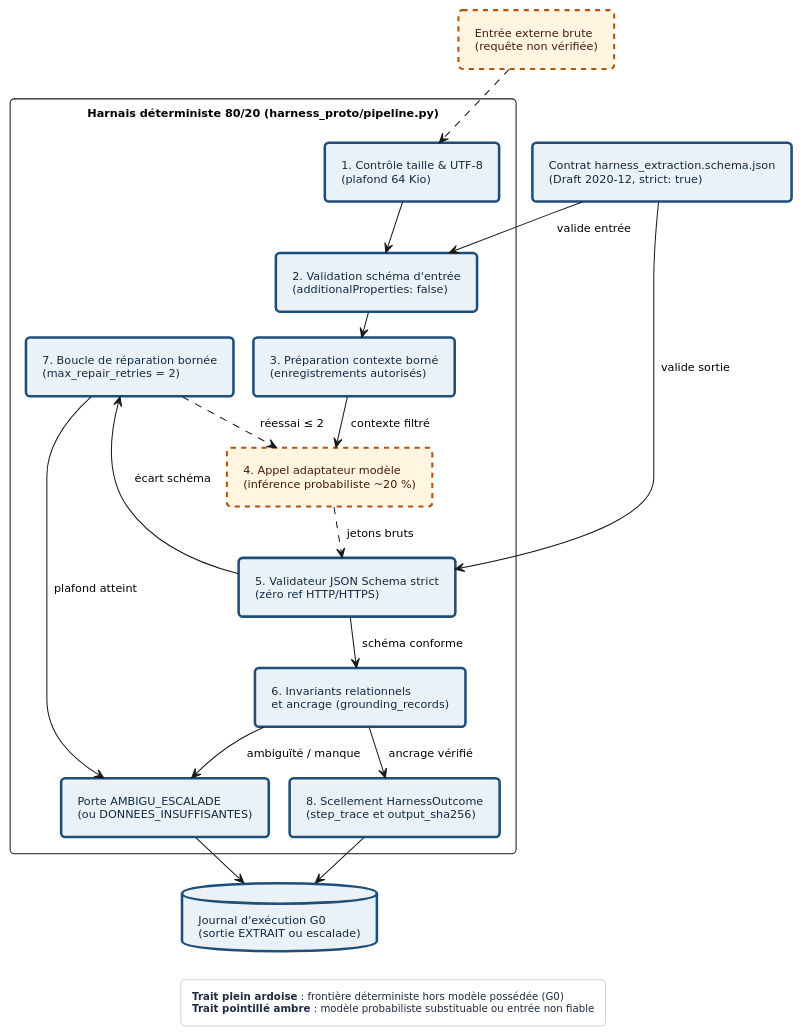
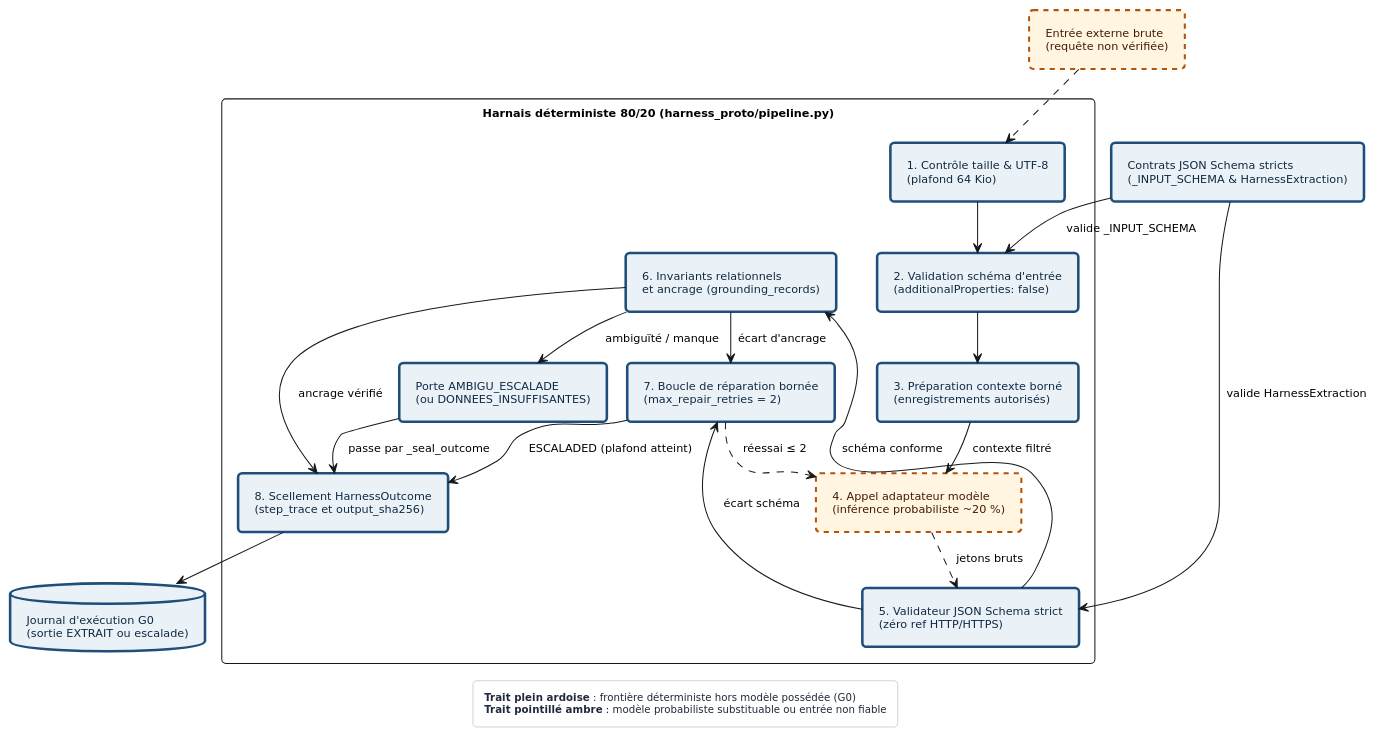
One commit to agbruneau/Agentique changed the diagram in 8 - Manuel/diagrammes/Fig-01.puml. Above: the diagram before and after it, drawn with PlantUML. The commit also changed 22 other files, not shown here.

```diff
--- a/8 - Manuel/diagrammes/Fig-01.puml
+++ b/8 - Manuel/diagrammes/Fig-01.puml
@@ -1,86 +1,87 @@
 @startuml
 <style>
 document {
   BackgroundColor #FFFFFF
 }
 .det {
   BackgroundColor #EBF2F7
   LineColor #1E4E79
   LineThickness 2.5
   FontColor #0F2942
 }
 .prob {
   BackgroundColor #FFF5E0
   LineColor #B45309
   LineThickness 2.0
   LineStyle 5
   FontColor #451A03
 }
 package {
   BackgroundColor #F8FAFC
   LineColor #64748B
   LineThickness 1.2
   FontColor #334155
 }
 legend {
   BackgroundColor #FFFFFF
   LineColor #CBD5E1
   FontColor #1E293B
   FontSize 10
 }
 </style>
 hide stereotype
 top to bottom direction
 skinparam defaultFontName "DejaVu Sans"
 skinparam defaultFontSize 11
 skinparam shadowing false
 skinparam roundcorner 8
 skinparam packageStyle rectangle
 skinparam nodesep 20
 skinparam ranksep 24
 skinparam padding 6
 
 rectangle "Entrée externe brute\n(requête non vérifiée)" as RAW <<prob>>
-rectangle "Contrat harness_extraction.schema.json\n(Draft 2020-12, strict: true)" as SCH <<det>>
+rectangle "Contrats JSON Schema stricts\n(_INPUT_SCHEMA & HarnessExtraction)" as SCH <<det>>
 
 package "Harnais déterministe 80/20 (harness_proto/pipeline.py)" {
   rectangle "1. Contrôle taille & UTF-8\n(plafond 64 Kio)" as E1 <<det>>
   rectangle "2. Validation schéma d'entrée\n(additionalProperties: false)" as E2 <<det>>
   rectangle "3. Préparation contexte borné\n(enregistrements autorisés)" as E3 <<det>>
   rectangle "4. Appel adaptateur modèle\n(inférence probabiliste ~20 %)" as E4 <<prob>>
   rectangle "5. Validateur JSON Schema strict\n(zéro ref HTTP/HTTPS)" as E5 <<det>>
   rectangle "6. Invariants relationnels\net ancrage (grounding_records)" as E6 <<det>>
   rectangle "7. Boucle de réparation bornée\n(max_repair_retries = 2)" as E7 <<det>>
   rectangle "Porte AMBIGU_ESCALADE\n(ou DONNEES_INSUFFISANTES)" as ESC <<det>>
   rectangle "8. Scellement HarnessOutcome\n(step_trace et output_sha256)" as E8 <<det>>
 }
 
 database "Journal d'exécution G0\n(sortie EXTRAIT ou escalade)" as LOG <<det>>
 
 RAW ..> E1
 E1 --> E2
 E2 --> E3
 E3 --> E4 : contexte filtré
 E4 ..> E5 : jetons bruts
-SCH --> E2 : valide entrée
-SCH --> E5 : valide sortie
+SCH --> E2 : valide _INPUT_SCHEMA
+SCH --> E5 : valide HarnessExtraction
 E5 --> E6 : schéma conforme
 E5 --> E7 : écart schéma
 E6 --> E8 : ancrage vérifié
+E6 --> E7 : écart d'ancrage
 E6 --> ESC : ambiguïté / manque
 E7 ..> E4 : réessai ≤ 2
-E7 --> ESC : plafond atteint
+E7 --> E8 : ESCALADED (plafond atteint)
+ESC --> E8 : passe par _seal_outcome
 E8 --> LOG
-ESC --> LOG
 
 RAW -[hidden]right-> SCH
 E1 -[hidden]right-> E8
 E2 -[hidden]right-> E6
 E3 -[hidden]right-> E5
 E7 -[hidden]right-> ESC
 
 legend bottom
   **Trait plein ardoise** : frontière déterministe hors modèle possédée (G0)
   **Trait pointillé ambre** : modèle probabiliste substituable ou entrée non fiable
 end legend
 @enduml
```
